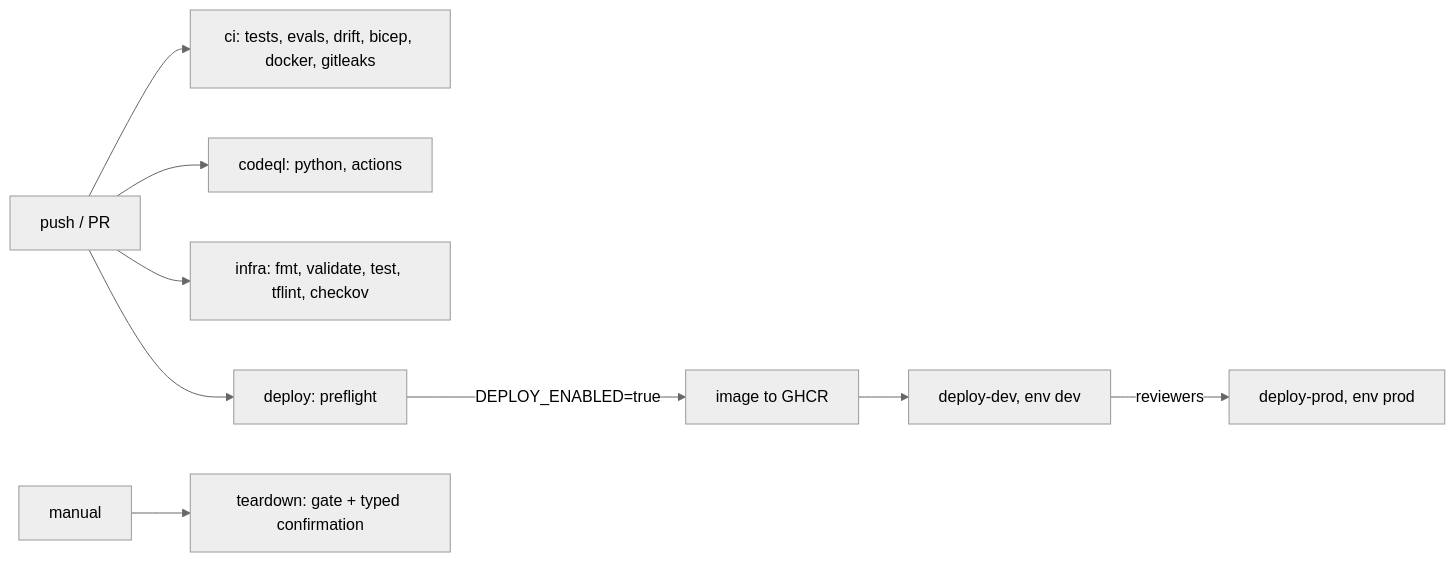
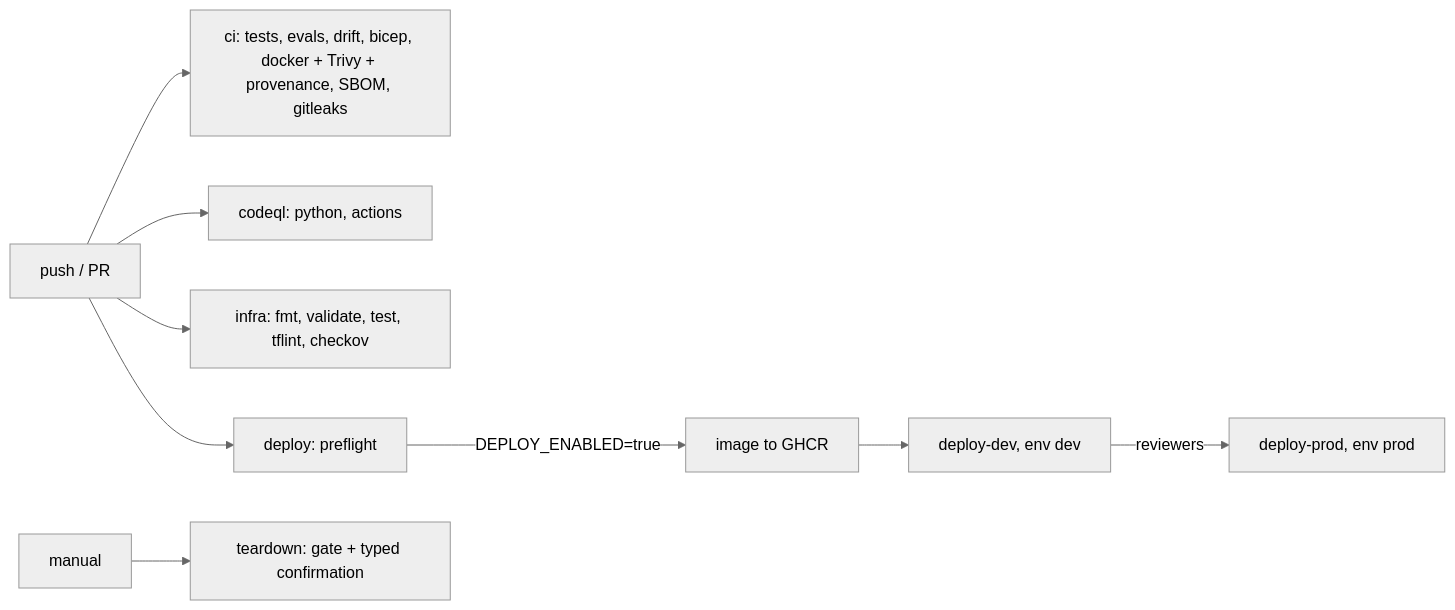
The diagram in docs/infra/workflows.md (jagadishmazure-jpg/Jagadish-ai-maturity-assessment), drawn with Mermaid (neutral theme) before and after one commit. The commit also changed other lines of this file and 5 other files, not shown here.

Commit message:
Supply chain: SBOM in CI; base images pinned by digest; Trivy image gate, image SBOM and keyless build provenance; docs

````diff
--- a/docs/infra/workflows.md
+++ b/docs/infra/workflows.md
@@ -16,9 +16,9 @@
 ```mermaid
 flowchart LR
-  PR[push / PR] --> CI[ci: tests, evals, drift, bicep, docker, gitleaks]
+  PR[push / PR] --> CI[ci: tests, evals, drift, bicep, docker + Trivy + provenance, SBOM, gitleaks]
   PR --> CQL[codeql: python, actions]
   PR --> INF[infra: fmt, validate, test, tflint, checkov]
   PR --> DEP[deploy: preflight]
   DEP -->|DEPLOY_ENABLED=true| IMG[image to GHCR] --> DEV[deploy-dev, env dev] -->|reviewers| PROD[deploy-prod, env prod]
   MAN[manual] --> TD[teardown: gate + typed confirmation]
 ```
````
